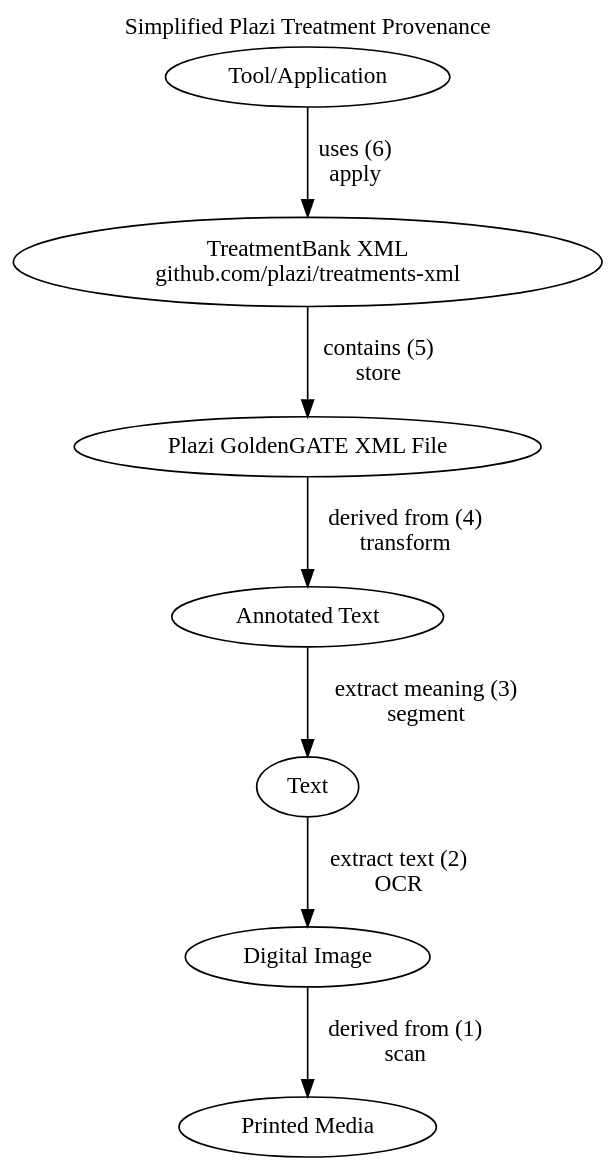
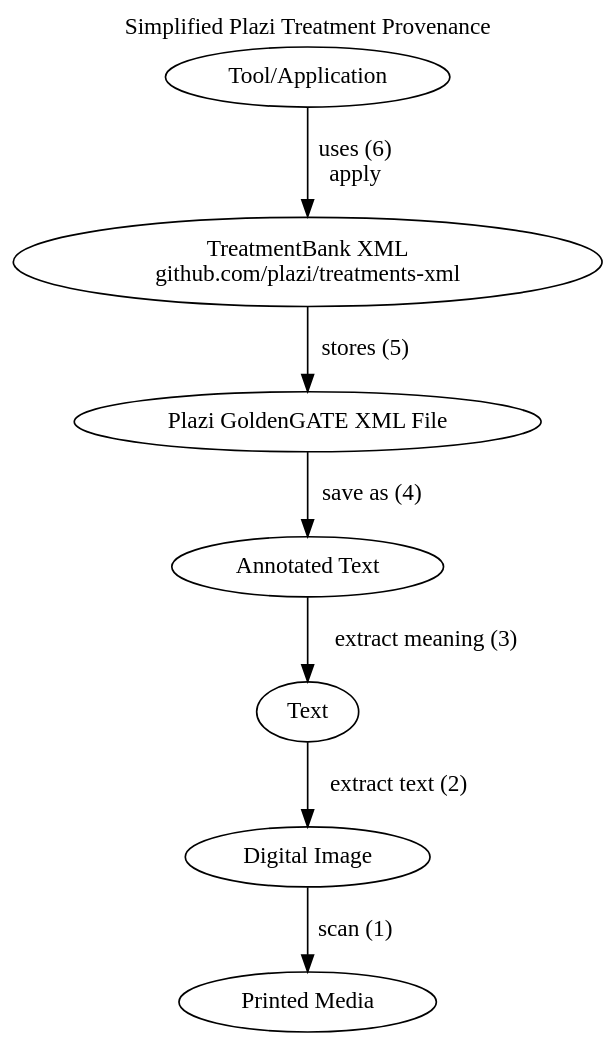
Before and after one commit to globalbioticinteractions/globalbioticinteractions.github.io: the diagram in plazi-zenodo/assets/plazi-provenance.dot, drawn with Graphviz. The commit also changed 1 other file, not shown here.

Commit message:
update diagram

```diff
--- a/plazi-zenodo/assets/plazi-provenance.dot
+++ b/plazi-zenodo/assets/plazi-provenance.dot
@@ -1,23 +1,23 @@
 digraph pairwise {
     bgcolor="transparent";
     labelloc="t";
     label="Simplified Plazi Treatment Provenance";
     a1 [label="Printed Media"];
     b1 [label="Digital Image"];
     c1 [label="Text"];
     d1 [label="Annotated Text"];
     e1 [label="Plazi GoldenGATE XML File"];
     f1 [label="TreatmentBank XML\ngithub.com/plazi/treatments-xml"];
     g1 [label="Tool/Application"];
     //{ rank=same;
-    b1 -> a1 [label="derived from (1)\nscan"];
-    c1 -> b1 [label="extract text (2)\nOCR"];
+    b1 -> a1 [label="scan (1)"];
+    c1 -> b1 [label="extract text (2)"];
     //};
     //{ 
 
-    d1 -> c1 [label="extract meaning (3)\nsegment"];
-    e1 -> d1 [label="derived from (4)\ntransform"];
-    f1 -> e1 [label="contains (5)\nstore"];
+    d1 -> c1 [label="extract meaning (3)"];
+    e1 -> d1 [label="save as (4)"];
+    f1 -> e1 [label="stores (5)"];
     g1 -> f1 [label="uses (6)\napply"];
     //};
 }
```
